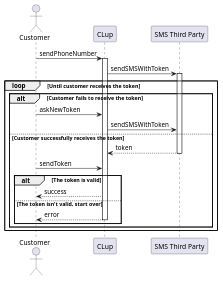
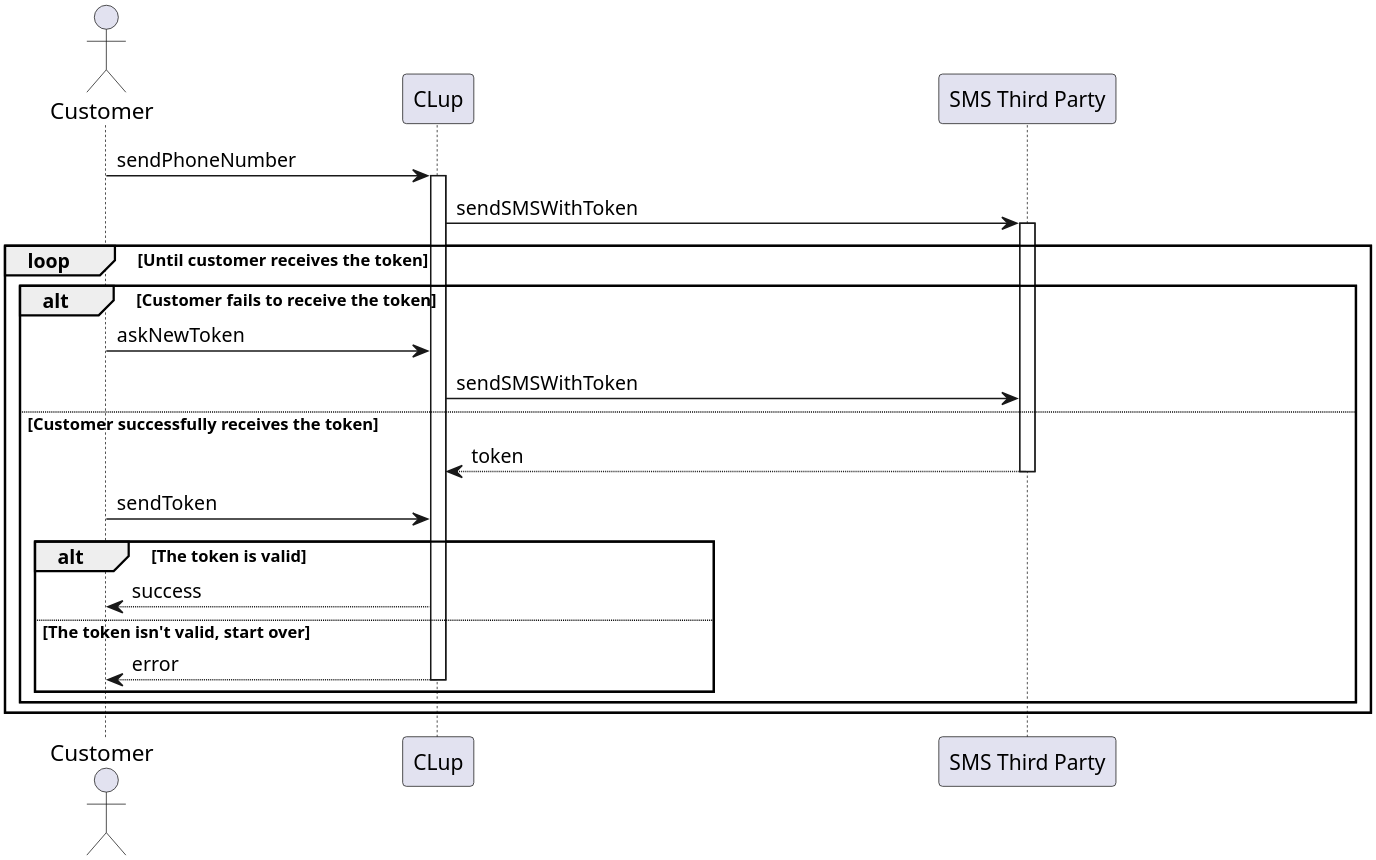
Before and after one commit to andreafra/Software-Engineering-2-Project-2021: the diagram in RASD/uml/login.puml, drawn with PlantUML. The commit also changed 11 other files, not shown here.

Commit message:
State diagram + render .png

```diff
--- a/RASD/uml/login.puml
+++ b/RASD/uml/login.puml
@@ -1,24 +1,32 @@
 @startuml login
+
+skinparam dpi 300
+skinparam ActorFontSize 15
+skinparam UsecaseFontSize 12
+skinparam ParticipantPadding 150
+
+
+
 actor Customer as c
 participant CLup as sys
 participant "SMS Third Party" as sms
 
 c -> sys ++ : sendPhoneNumber
 sys -> sms ++ : sendSMSWithToken
 
 loop Until customer receives the token
     alt Customer fails to receive the token
         c -> sys : askNewToken
         sys -> sms : sendSMSWithToken
     else Customer successfully receives the token
         return token
         c -> sys : sendToken
         alt The token is valid
             sys --> c : success
         else The token isn't valid, start over
             return error
         end
     end
 end
 
 @enduml
```
